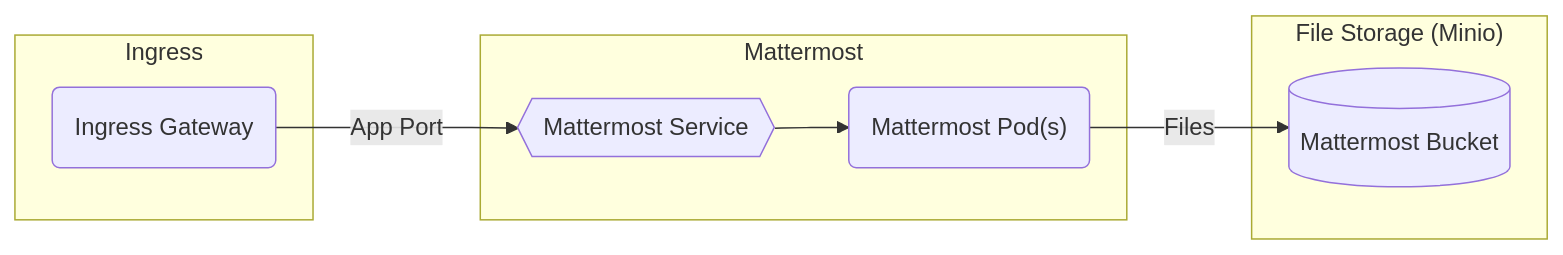
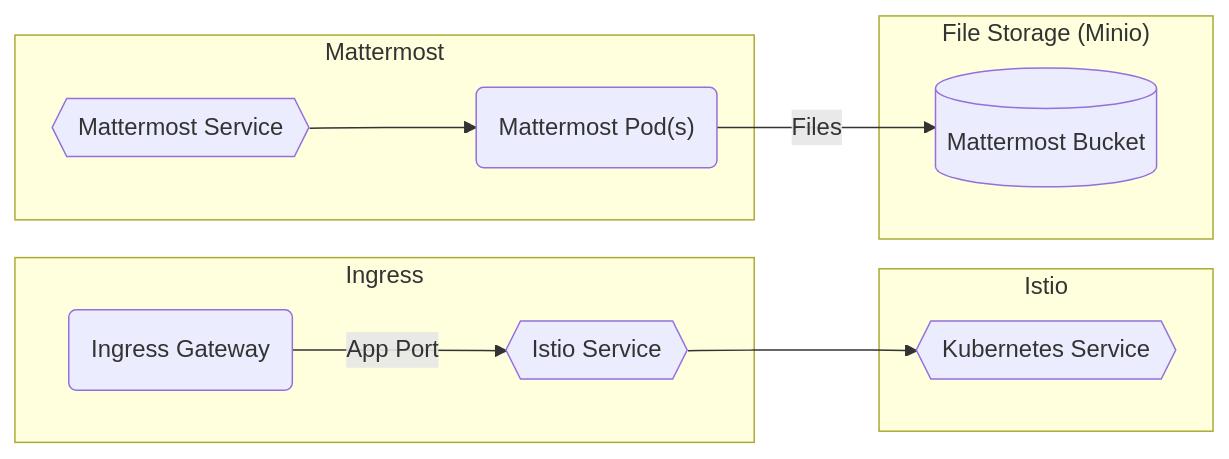
Before and after one commit to rjferguson21/big-bang: the diagram in charter/packages/minio/Architecture.md, drawn with Mermaid.

Commit message:
Playing with Diagram

````diff
--- a/charter/packages/minio/Architecture.md
+++ b/charter/packages/minio/Architecture.md
@@ -12,15 +12,19 @@
 ```mermaid
 graph LR
   subgraph "Mattermost"
     mattermostpods("Mattermost Pod(s)")
     mmservice{{Mattermost Service}} --> mattermostpods("Mattermost Pod(s)")
   end      
 
   subgraph "Ingress"
-    ig(Ingress Gateway) --"App Port"--> mmservice
+    ig(Ingress Gateway) --"App Port"--> istservice
+  end
+
+  subgraph "Istio"
+    istservice{{Istio Service}} --> kubeservice{{Kubernetes Service}}
   end
 
   subgraph "File Storage (Minio)"
     mattermostpods("Mattermost Pod(s)") --"Files"--> bucket[(Mattermost Bucket)]
   end
 ```
````
